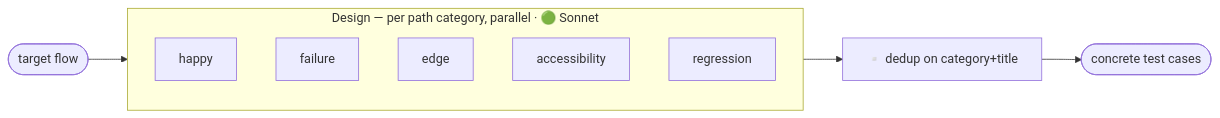
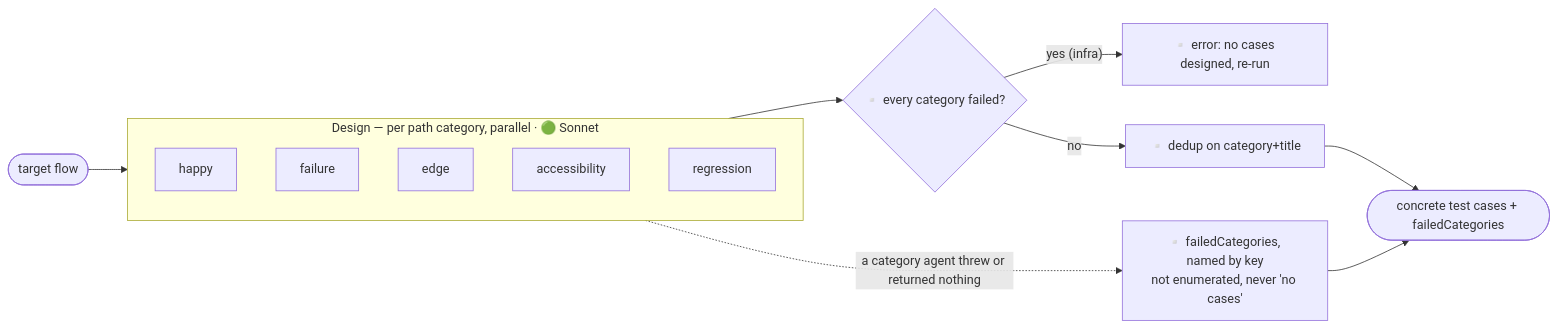
Before and after one commit to dominno/loop-setup: the fifth of 7 diagrams in docs/workflow-graphs.md, drawn with Mermaid. The commit also changed other lines of this file and 21 other files, not shown here.

````diff
--- a/docs/workflow-graphs.md
+++ b/docs/workflow-graphs.md
@@ -134,13 +153,17 @@
 ```mermaid
 flowchart LR
   flow([target flow]) --> D
   subgraph D["Design — per path category, parallel · 🟢 Sonnet"]
     d1[happy]
     d2[failure]
     d3[edge]
     d4[accessibility]
     d5[regression]
   end
-  D --> dedup[▫️ dedup on category+title]
-  dedup --> out([concrete test cases])
+  D --> allf{"▫️ every category failed?"}
+  allf -- "yes (infra)" --> err[▫️ error: no cases designed, re-run]
+  allf -- no --> dedup[▫️ dedup on category+title]
+  dedup --> out([concrete test cases + failedCategories])
+  D -.->|a category agent threw or returned nothing| fc["▫️ failedCategories, named by key<br/>not enumerated, never 'no cases'"]
+  fc --> out
 ```
````
